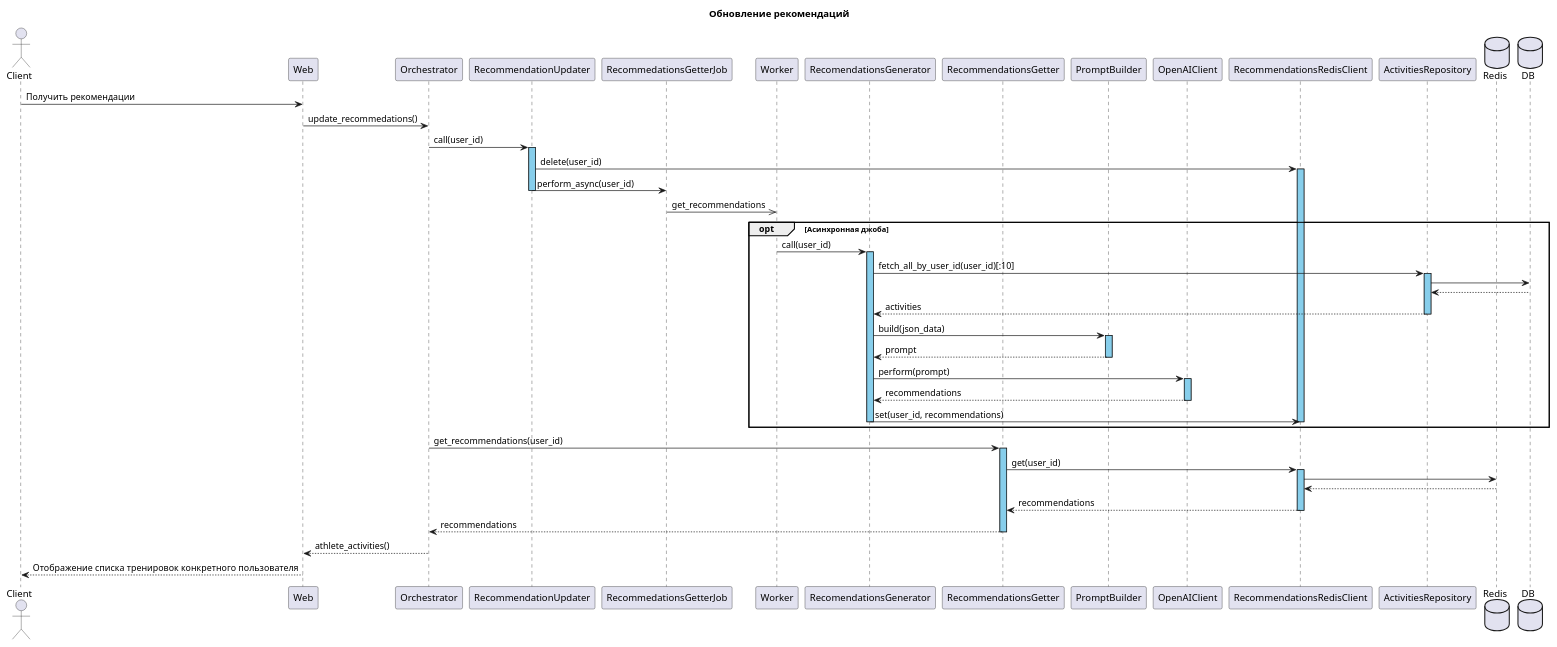
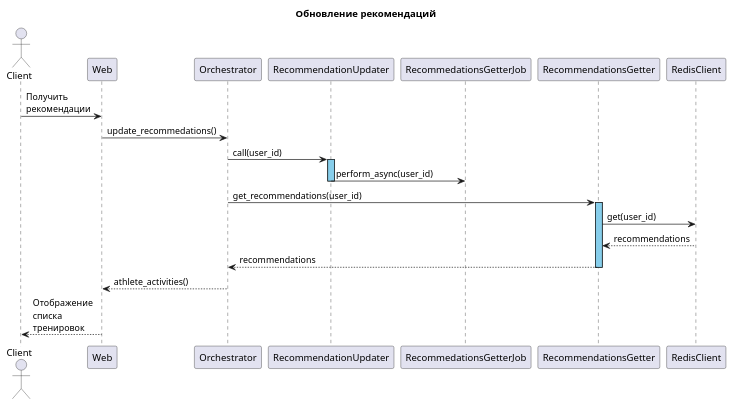
One commit to VadimBarinov/strava-activity-ui changed the diagram in diagrams/sequence_recommendations.puml. Above: the diagram before and after it, drawn with PlantUML. The commit also changed 4 other files, not shown here.

Commit message:
update all sequences

```diff
--- a/diagrams/sequence_recommendations.puml
+++ b/diagrams/sequence_recommendations.puml
@@ -1,59 +1,28 @@
 @startuml
 
 title Обновление рекомендаций
 
 actor Client
 participant Web
 participant Orchestrator
 participant RecommendationUpdater
 participant RecommedationsGetterJob
-participant Worker
-participant RecomendationsGenerator
 participant RecommendationsGetter
-participant PromptBuilder
-participant OpenAIClient
-participant RecommendationsRedisClient
-participant ActivitiesRepository
-database Redis
-database DB
+participant RedisClient
 
-Client -> Web : Получить рекомендации
+Client -> Web : Получить \nрекомендации
 Web -> Orchestrator : update_recommedations()
 
 Orchestrator -> RecommendationUpdater ++ #SkyBlue : call(user_id)
-RecommendationUpdater -> RecommendationsRedisClient ++ #SkyBlue : delete(user_id)
 RecommendationUpdater -> RecommedationsGetterJob : perform_async(user_id)
 deactivate RecommendationUpdater
 
-RecommedationsGetterJob ->> Worker : get_recommendations
-
-opt Асинхронная джоба
-Worker -> RecomendationsGenerator ++ #SkyBlue : call(user_id)
-
-RecomendationsGenerator -> ActivitiesRepository ++ #SkyBlue : fetch_all_by_user_id(user_id)[:10]
-ActivitiesRepository -> DB
-ActivitiesRepository <-- DB
-RecomendationsGenerator <-- ActivitiesRepository -- : activities
-
-RecomendationsGenerator -> PromptBuilder ++ #SkyBlue : build(json_data)
-RecomendationsGenerator <-- PromptBuilder -- : prompt
-RecomendationsGenerator -> OpenAIClient ++ #SkyBlue : perform(prompt)
-RecomendationsGenerator <-- OpenAIClient -- : recommendations
-
-RecomendationsGenerator -> RecommendationsRedisClient : set(user_id, recommendations)
-deactivate RecommendationsRedisClient
-deactivate RecomendationsGenerator
-
-end
-
 Orchestrator -> RecommendationsGetter ++ #SkyBlue : get_recommendations(user_id)
-RecommendationsGetter -> RecommendationsRedisClient ++ #SkyBlue : get(user_id)
-RecommendationsRedisClient -> Redis
-RecommendationsRedisClient <-- Redis
-RecommendationsGetter <-- RecommendationsRedisClient -- : recommendations
+RecommendationsGetter -> RedisClient : get(user_id)
+RecommendationsGetter <-- RedisClient : recommendations
 Orchestrator <-- RecommendationsGetter -- : recommendations
 
 Web <-- Orchestrator : athlete_activities()
-Client <-- Web : Отображение списка тренировок конкретного пользователя
+Client <-- Web : Отображение \nсписка \nтренировок
 
 @enduml
```
